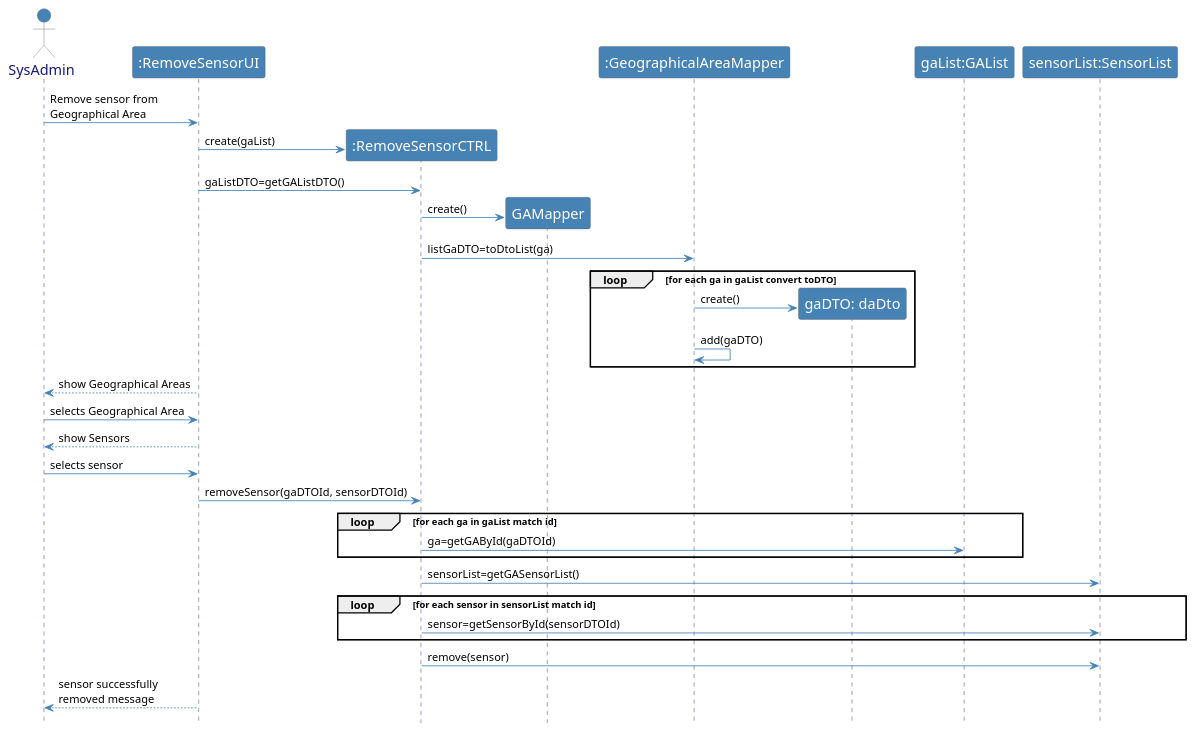
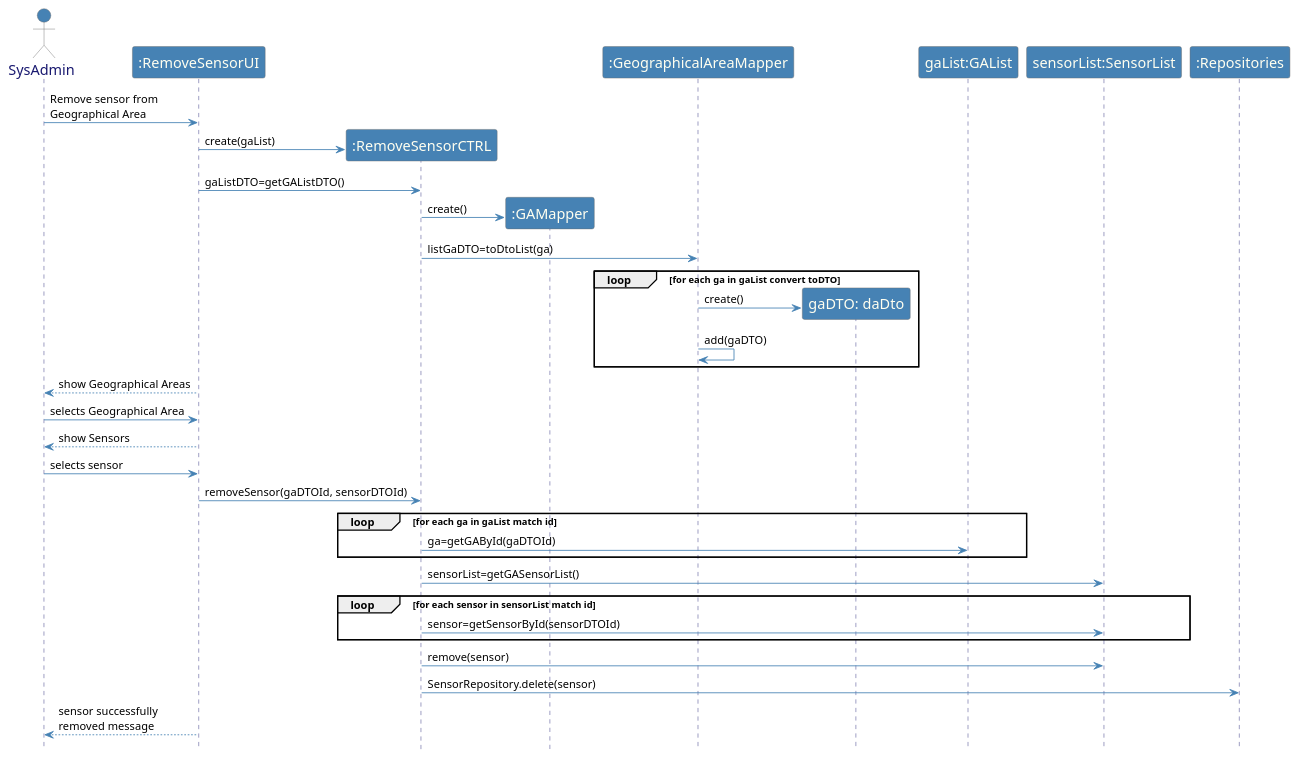
Before and after one commit to emanuel-pereira/hou: the diagram in src/main/java/smarthome/controller/sequenceDiagrams/sd_RemoveGASensor.puml, drawn with PlantUML. The commit also changed 7 other files, not shown here.

First line of the commit message:
ref #122 updated sequence diagram of remove sensor from geographical area and class diagram upload.

```diff
--- a/src/main/java/smarthome/controller/sequenceDiagrams/sd_RemoveGASensor.puml
+++ b/src/main/java/smarthome/controller/sequenceDiagrams/sd_RemoveGASensor.puml
@@ -1,54 +1,60 @@
 @startuml
 
 skinparam sequence {
 	ArrowColor SteelBlue
 	ActorBorderColor Dimgray
 	LifeLineBorderColor MidnightBlue
 	LifeLineBackgroundColor #A9DCDF
 
 	ParticipantBorderColor Dimgray
 	ParticipantBackgroundColor SteelBlue
 	ParticipantFontName Calibri Bold
 	ParticipantFontSize 17
 	ParticipantFontColor Ivory
 
 	ActorBackgroundColor SteelBlue
 	ActorFontColor MidnightBlue
 	ActorFontSize 17
 	ActorFontName Aapex
+
+}
+
+skinparam note {
+BorderColor SteelBlue
 }
 hidefootbox
 actor SysAdmin
 SysAdmin -> ":RemoveSensorUI":  Remove sensor from \nGeographical Area
 create ":RemoveSensorUI"
 create ":RemoveSensorCTRL"
 ":RemoveSensorUI" -> ":RemoveSensorCTRL": create(gaList)
 ":RemoveSensorUI"->":RemoveSensorCTRL": gaListDTO=getGAListDTO()
-create GAMapper
-":RemoveSensorCTRL"->GAMapper:create()
+create ":GAMapper"
+":RemoveSensorCTRL"->":GAMapper":create()
 ":RemoveSensorCTRL"->":GeographicalAreaMapper":listGaDTO=toDtoList(ga)
 
 
 loop for each ga in gaList convert toDTO
 create "gaDTO: daDto"
 ":GeographicalAreaMapper"->"gaDTO: daDto":create()
 
 ":GeographicalAreaMapper"->":GeographicalAreaMapper":add(gaDTO)
 end
 SysAdmin<--":RemoveSensorUI": show Geographical Areas
 SysAdmin -> ":RemoveSensorUI": selects Geographical Area
 
 SysAdmin<--":RemoveSensorUI":show Sensors
 SysAdmin->":RemoveSensorUI": selects sensor
 ":RemoveSensorUI"->":RemoveSensorCTRL": removeSensor(gaDTOId, sensorDTOId)
 loop for each ga in gaList match id
 ":RemoveSensorCTRL"->"gaList:GAList": ga=getGAById(gaDTOId)
 end
 ":RemoveSensorCTRL"->"sensorList:SensorList": sensorList=getGASensorList()
 
 loop for each sensor in sensorList match id
 ":RemoveSensorCTRL"->"sensorList:SensorList": sensor=getSensorById(sensorDTOId)
 end
 ":RemoveSensorCTRL"->"sensorList:SensorList":remove(sensor)
+":RemoveSensorCTRL"->":Repositories":SensorRepository.delete(sensor)
 SysAdmin<--":RemoveSensorUI":sensor successfully \nremoved message
 @enduml
```
